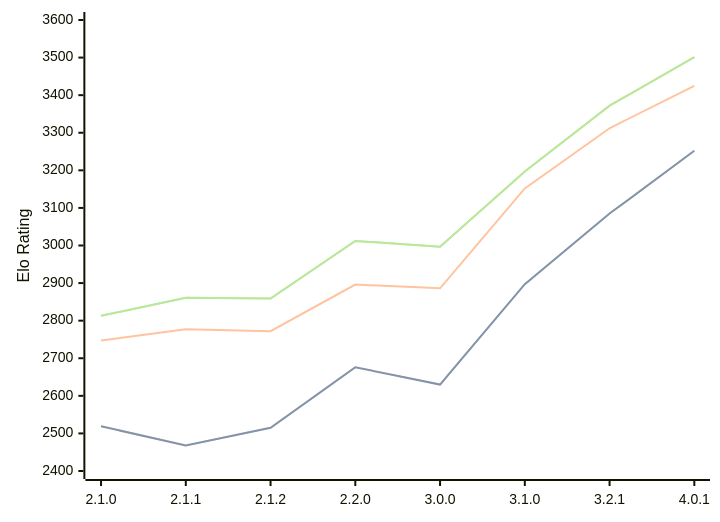
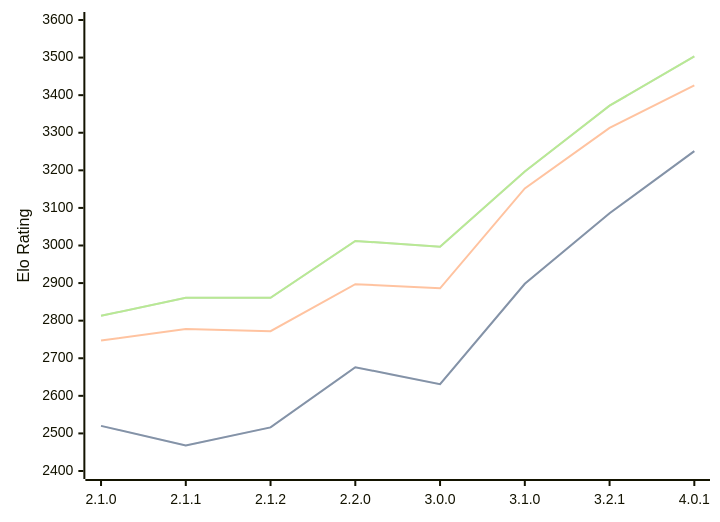
Before and after one commit to computer-chess-index/cci: the diagram in engines/Prune.md, drawn with Mermaid. The commit also changed other lines of this file, not shown here.

Commit message:
Update CCI Ratings (ELO VLTC) - 2026-07-25

````diff
--- a/engines/Prune.md
+++ b/engines/Prune.md
@@ -44,11 +44,11 @@
 ```mermaid
 %%{init: {"theme":"base","themeVariables":{"seriesColors:['#a3a3a3','#222221','#faa371']}}}%%
 xychart-beta
   x-axis ["2.1.0", "2.1.1", "2.1.2", "2.2.0", "3.0.0", "3.1.0", "3.2.1", "4.0.1"]
   y-axis "Elo Rating" 2400 --> 3600
-  line "STC (8.0+0.08s)" [2519, 2468, 2515, 2676, 2630, 2897, 3085, 3252]
-  line "STC (8.0+0.08s)" [2519, 2468, 2515, 2676, 2630, 2897, 3085, 3252]
-  line "LTC (60.0+0.60s)" [2747, 2777, 2772, 2896, 2886, 3152, 3312, 3425]
-  line "VLTC (2m24s+1.12s)" [2813, 2861, 2859, 3012, 2997, 3197, 3372, 3501]
-  line "VLTC (2m24s+1.12s)" [2813, 2861, 2859, 3012, 2997, 3197, 3372, 3501]
+  line "STC (8.0+0.08s)" [2520, 2468, 2516, 2676, 2631, 2898, 3086, 3251]
+  line "STC (8.0+0.08s)" [2520, 2468, 2516, 2676, 2631, 2898, 3086, 3251]
+  line "LTC (60.0+0.60s)" [2747, 2778, 2772, 2897, 2886, 3152, 3313, 3426]
+  line "VLTC (2m24s+1.12s)" [2813, 2861, 2861, 3012, 2997, 3197, 3372, 3503]
+  line "VLTC (2m24s+1.12s)" [2813, 2861, 2861, 3012, 2997, 3197, 3372, 3503]
 ```
````
